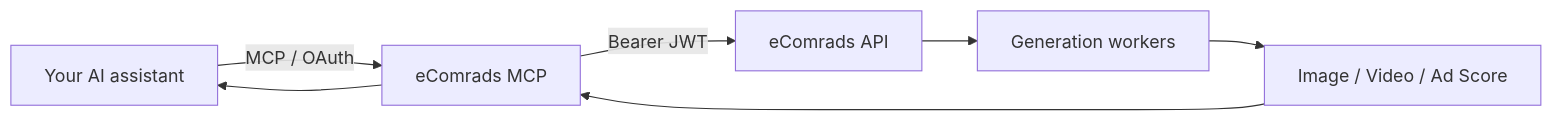
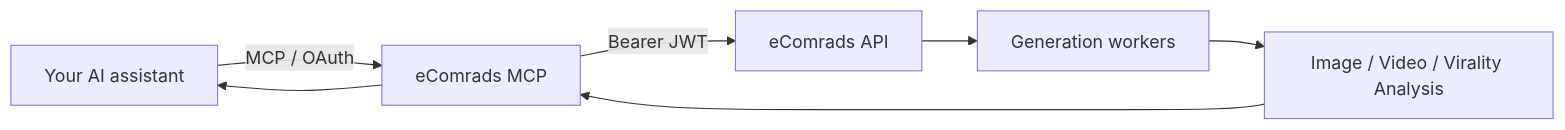
The diagram in README.md (ecomrads/skills), drawn with Mermaid before and after one commit. The commit also changed other lines of this file and 43 other files, not shown here.

````diff
--- a/README.md
+++ b/README.md
@@ -31,8 +31,8 @@
 ```mermaid
 flowchart LR
     A[Your AI assistant] -- MCP / OAuth --> B[eComrads MCP]
     B -- Bearer JWT --> C[eComrads API]
     C --> D[Generation workers]
-    D --> E[Image / Video / Ad Score]
+    D --> E[Image / Video / Virality Analysis]
     E --> B --> A
 ```
````
